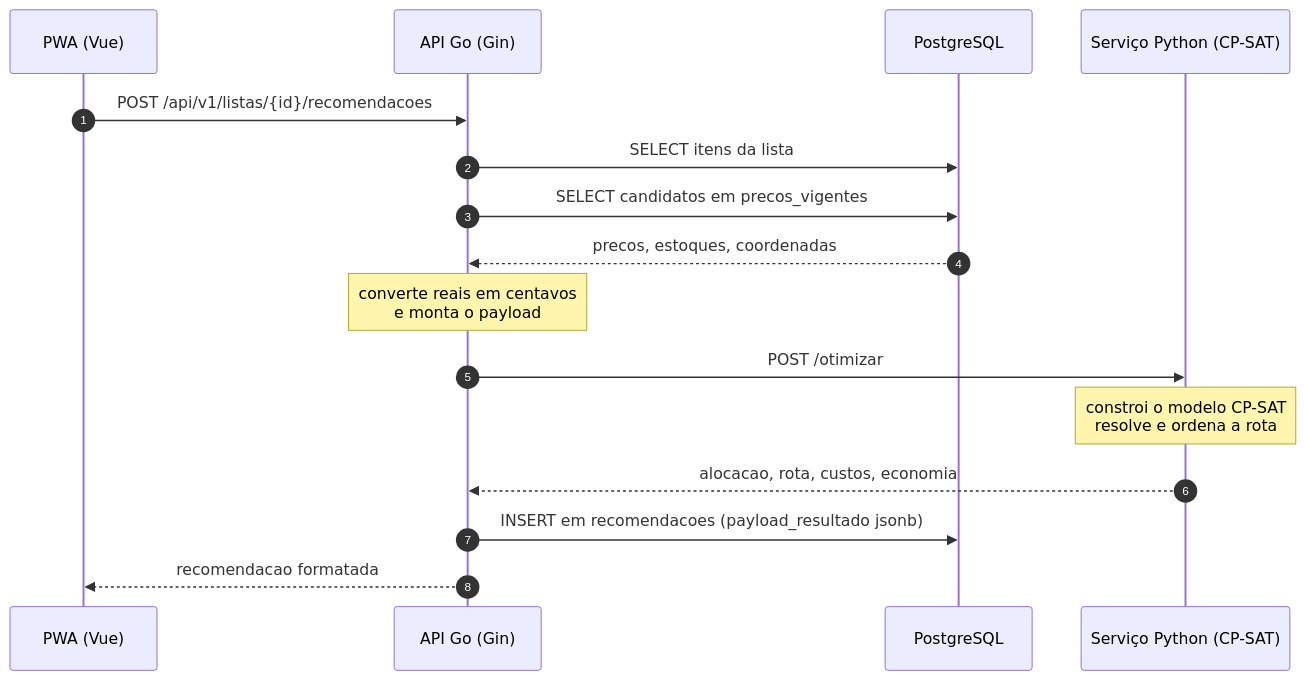
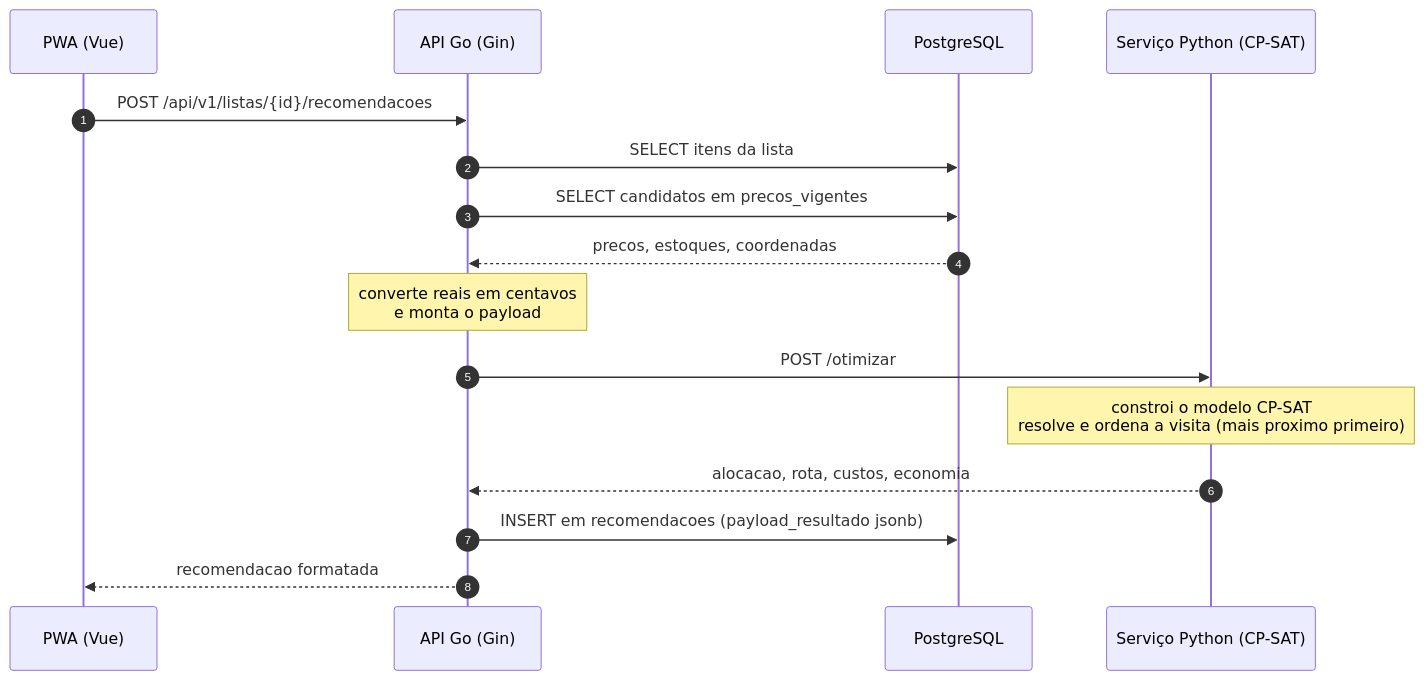
One commit to chroanz/sad-tcc changed the diagram in docs/contrato-otimizacao.md. Above: the diagram before and after it, drawn with Mermaid. The commit also changed other lines of this file and 48 other files, not shown here.

````diff
--- a/docs/contrato-otimizacao.md
+++ b/docs/contrato-otimizacao.md
@@ -19,19 +19,19 @@
 ```mermaid
 sequenceDiagram
     autonumber
     participant PWA as PWA (Vue)
     participant API as API Go (Gin)
     participant PG as PostgreSQL
     participant OTM as Serviço Python (CP-SAT)
 
     PWA->>API: POST /api/v1/listas/{id}/recomendacoes
     API->>PG: SELECT itens da lista
     API->>PG: SELECT candidatos em precos_vigentes
     PG-->>API: precos, estoques, coordenadas
     Note over API: converte reais em centavos<br/>e monta o payload
     API->>OTM: POST /otimizar
-    Note over OTM: constroi o modelo CP-SAT<br/>resolve e ordena a rota
+    Note over OTM: constroi o modelo CP-SAT<br/>resolve e ordena a visita (mais proximo primeiro)
     OTM-->>API: alocacao, rota, custos, economia
     API->>PG: INSERT em recomendacoes (payload_resultado jsonb)
     API-->>PWA: recomendacao formatada
 ```
````
